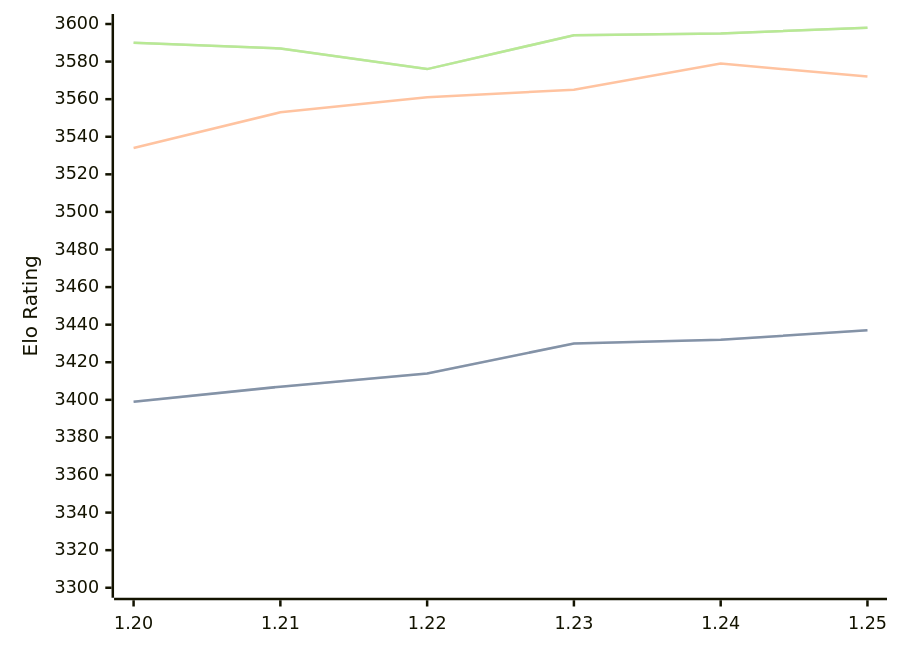
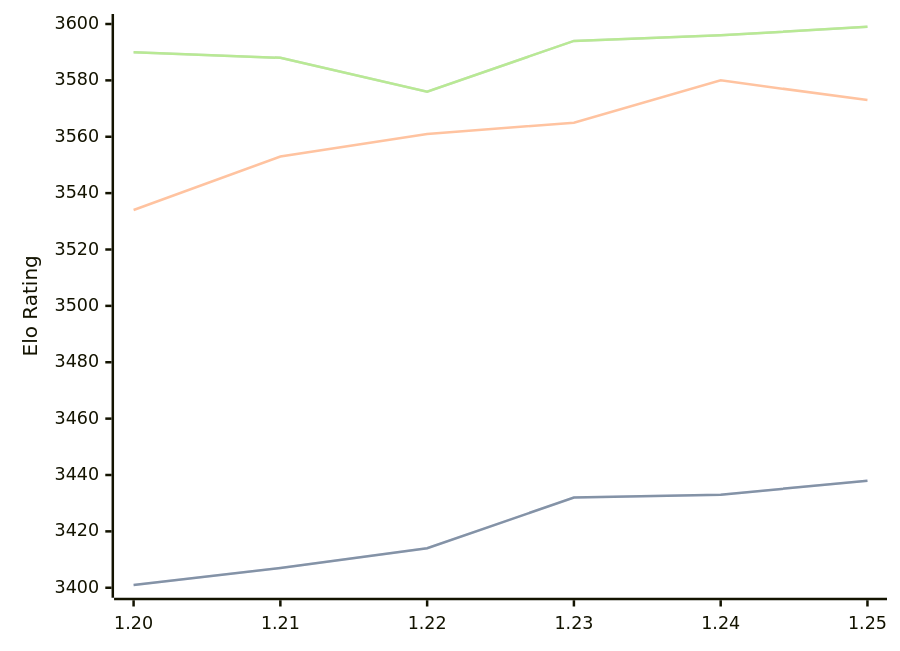
The diagram in engines/Caissa.md (computer-chess-index/cci), drawn with Mermaid before and after one commit. The commit also changed other lines of this file, not shown here.

Commit message:
Update CCI Ratings (ELO VLTC) - 2026-05-03

````diff
--- a/engines/Caissa.md
+++ b/engines/Caissa.md
@@ -65,11 +65,11 @@
 ```mermaid
 %%{init: {"theme":"base","themeVariables":{"seriesColors:['#a3a3a3','#222221','#faa371']}}}%%
 xychart-beta
   x-axis ["1.20", "1.21", "1.22", "1.23", "1.24", "1.25"]
-  y-axis "Elo Rating" 3300 --> 3600
-  line "STC (8.0+0.08s)" [3399, 3407, 3414, 3430, 3432, 3437]
-  line "STC (8.0+0.08s)" [3399, 3407, 3414, 3430, 3432, 3437]
-  line "LTC (60.0+0.60s)" [3534, 3553, 3561, 3565, 3579, 3572]
-  line "VLTC (2m24s+1.12s)" [3590, 3587, 3576, 3594, 3595, 3598]
-  line "VLTC (2m24s+1.12s)" [3590, 3587, 3576, 3594, 3595, 3598]
+  y-axis "Elo Rating" 3400 --> 3600
+  line "STC (8.0+0.08s)" [3401, 3407, 3414, 3432, 3433, 3438]
+  line "STC (8.0+0.08s)" [3401, 3407, 3414, 3432, 3433, 3438]
+  line "LTC (60.0+0.60s)" [3534, 3553, 3561, 3565, 3580, 3573]
+  line "VLTC (2m24s+1.12s)" [3590, 3588, 3576, 3594, 3596, 3599]
+  line "VLTC (2m24s+1.12s)" [3590, 3588, 3576, 3594, 3596, 3599]
 ```
````
